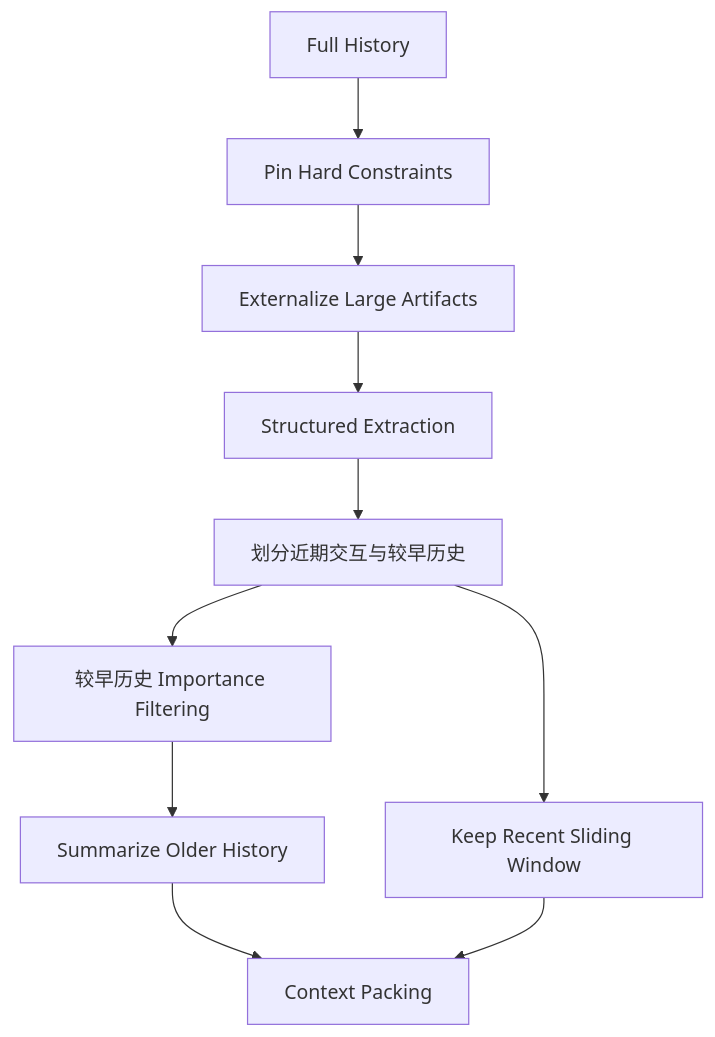
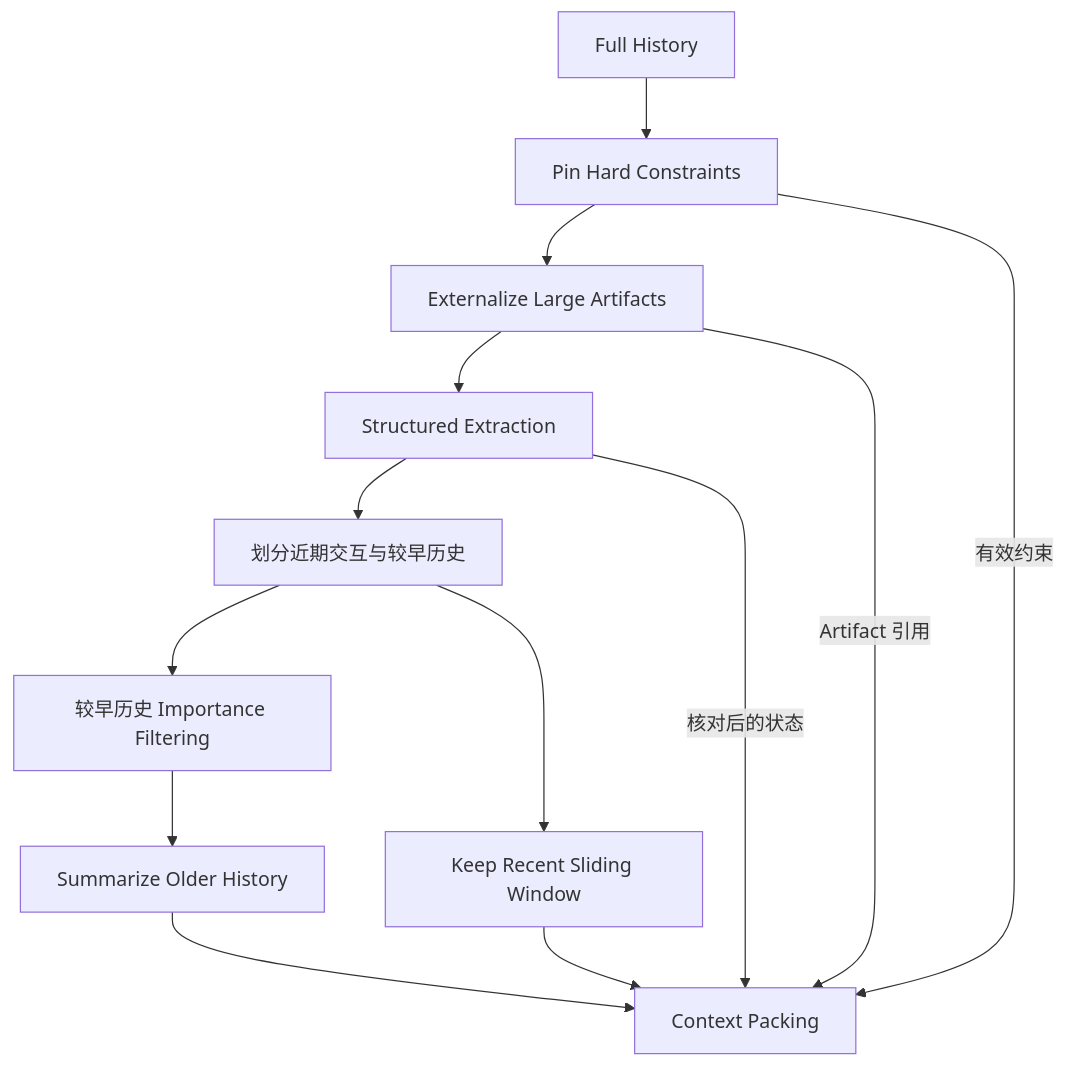
One commit to oneleaveknowsthefall/awesome-ai-roadmap changed the ninth of 15 diagrams in docs/agent/03-memory-context/10-agent-memory-compression.md. Above: the diagram before and after it, drawn with Mermaid. The commit also changed other lines of this file and 34 other files, not shown here.

````diff
--- a/docs/agent/03-memory-context/10-agent-memory-compression.md
+++ b/docs/agent/03-memory-context/10-agent-memory-compression.md
@@ -488,12 +491,15 @@
 ```mermaid
 flowchart TB
     H[Full History] --> PIN[Pin Hard Constraints]
     PIN --> EXT[Externalize Large Artifacts]
     EXT --> STR[Structured Extraction]
     STR --> SPLIT[划分近期交互与较早历史]
     SPLIT --> IMP[较早历史 Importance Filtering]
     IMP --> SUM[Summarize Older History]
     SPLIT --> WIN[Keep Recent Sliding Window]
     SUM --> PACK[Context Packing]
     WIN --> PACK[Context Packing]
+    PIN -->|有效约束| PACK
+    STR -->|核对后的状态| PACK
+    EXT -->|Artifact 引用| PACK
 ```
````
